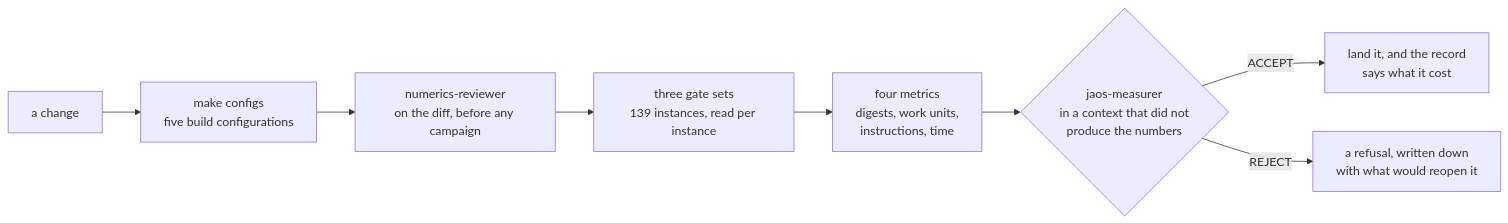
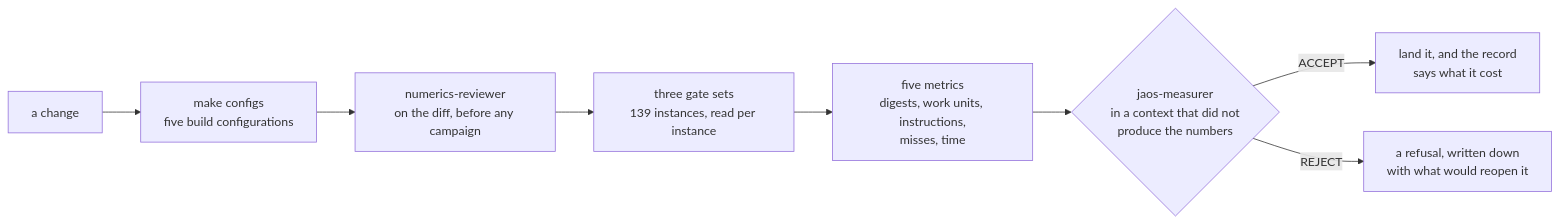
One commit to avallavall/jaos changed the diagram in README.md. Above: the diagram before and after it, drawn with Mermaid. The commit also changed other lines of this file and 4 other files, not shown here.

````diff
--- a/README.md
+++ b/README.md
@@ -144,10 +149,10 @@
 ```mermaid
 flowchart LR
     A["a change"] --> B["make configs<br/>five build configurations"]
     B --> C["numerics-reviewer<br/>on the diff, before any campaign"]
     C --> D["three gate sets<br/>139 instances, read per instance"]
-    D --> E["four metrics<br/>digests, work units,<br/>instructions, time"]
+    D --> E["five metrics<br/>digests, work units, instructions,<br/>misses, time"]
     E --> F{"jaos-measurer<br/>in a context that did not<br/>produce the numbers"}
     F -->|"ACCEPT"| G["land it, and the record<br/>says what it cost"]
     F -->|"REJECT"| H["a refusal, written down<br/>with what would reopen it"]
 ```
````
